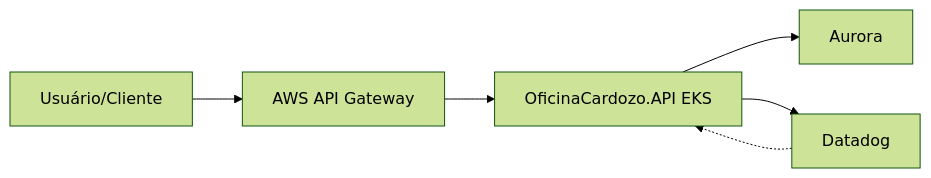
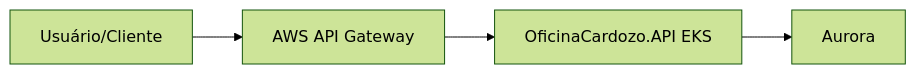
The diagram in README.md (marciocardozodev-org/OficinaCardozo.InfraK8s), drawn with Mermaid (forest theme) before and after one commit. The commit also changed other lines of this file and 4 other files, not shown here.

````diff
--- a/README.md
+++ b/README.md
@@ -18,13 +16,10 @@
 ```mermaid
 flowchart LR
     User[Usuário/Cliente]
     APIGW[AWS API Gateway]
     App[OficinaCardozo.API EKS]
     DB[Aurora]
-    Datadog[Datadog]
     User --> APIGW
     APIGW --> App
     App --> DB
-    App --> Datadog
-    Datadog -.-> App
 ```
````
